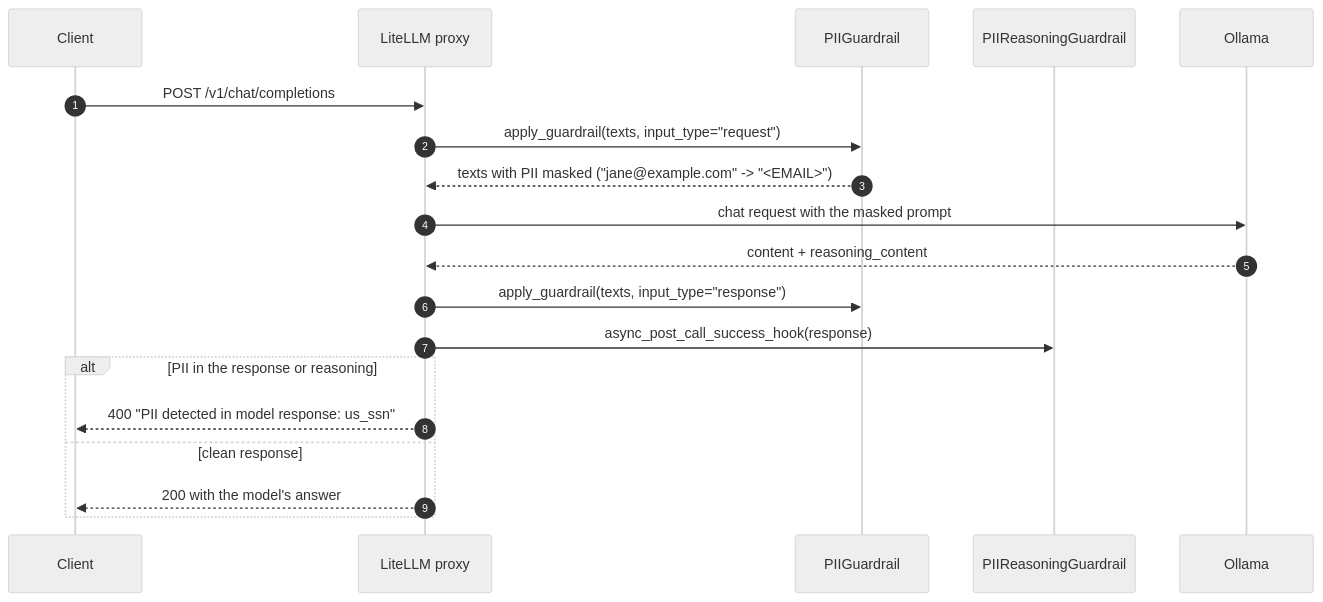
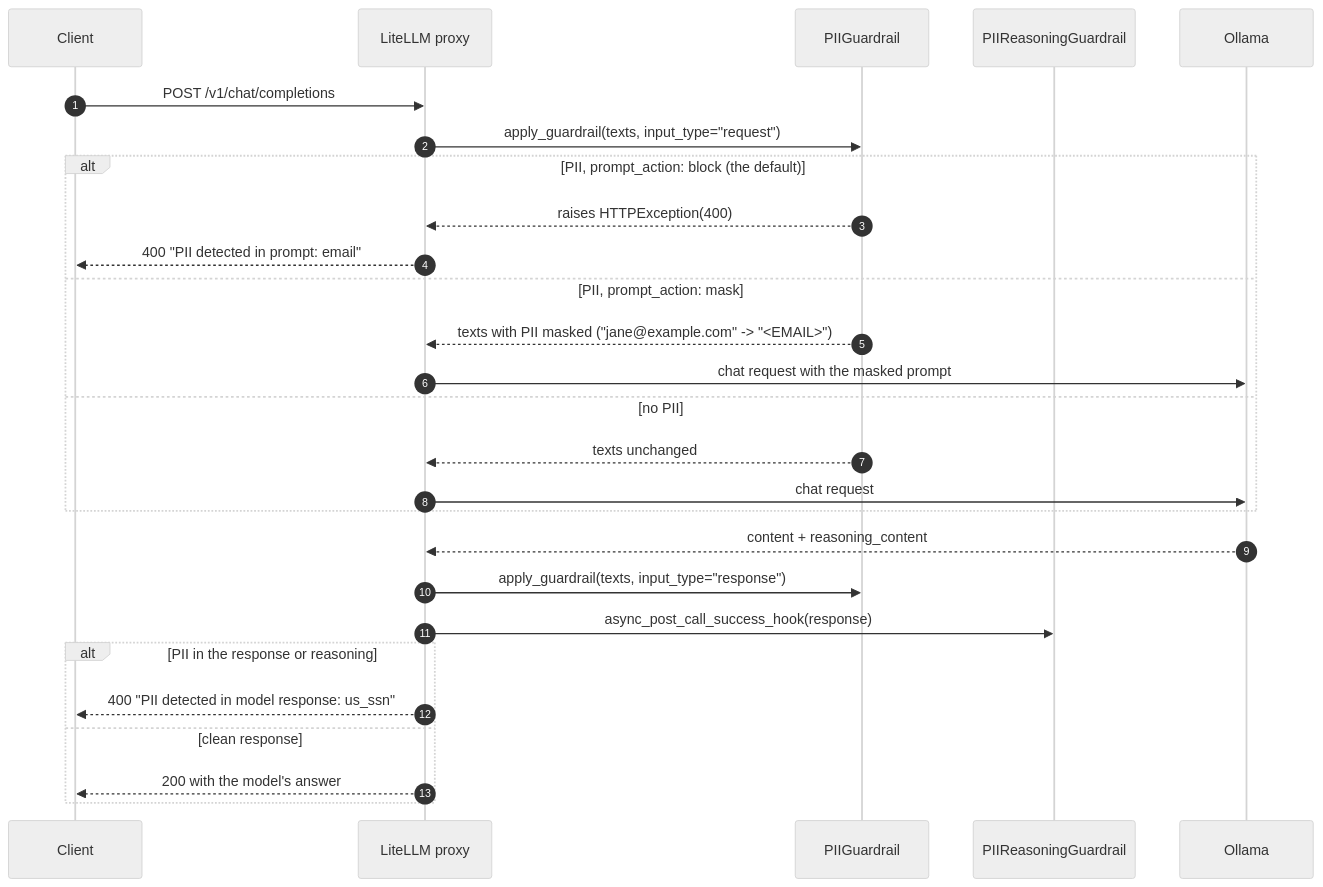
Before and after one commit to mshnjffr/litellm-guardrail: the second of 2 diagrams in docs/implementation.md, drawn with Mermaid (neutral theme). The commit also changed other lines of this file and 4 other files, not shown here.

First line of the commit message:
Block prompts containing PII by default, with an option to mask them

````diff
--- a/docs/implementation.md
+++ b/docs/implementation.md
@@ -39,22 +39,30 @@
 ```mermaid
 sequenceDiagram
     autonumber
     participant C as Client
     participant L as LiteLLM proxy
     participant G as PIIGuardrail
     participant R as PIIReasoningGuardrail
     participant O as Ollama
 
     C->>L: POST /v1/chat/completions
     L->>G: apply_guardrail(texts, input_type="request")
-    G-->>L: texts with PII masked ("jane@example.com" -> "<EMAIL>")
-    L->>O: chat request with the masked prompt
+    alt PII, prompt_action: block (the default)
+        G-->>L: raises HTTPException(400)
+        L-->>C: 400 "PII detected in prompt: email"
+    else PII, prompt_action: mask
+        G-->>L: texts with PII masked ("jane@example.com" -> "<EMAIL>")
+        L->>O: chat request with the masked prompt
+    else no PII
+        G-->>L: texts unchanged
+        L->>O: chat request
+    end
     O-->>L: content + reasoning_content
     L->>G: apply_guardrail(texts, input_type="response")
     L->>R: async_post_call_success_hook(response)
     alt PII in the response or reasoning
         L-->>C: 400 "PII detected in model response: us_ssn"
     else clean response
         L-->>C: 200 with the model's answer
     end
 ```
````
